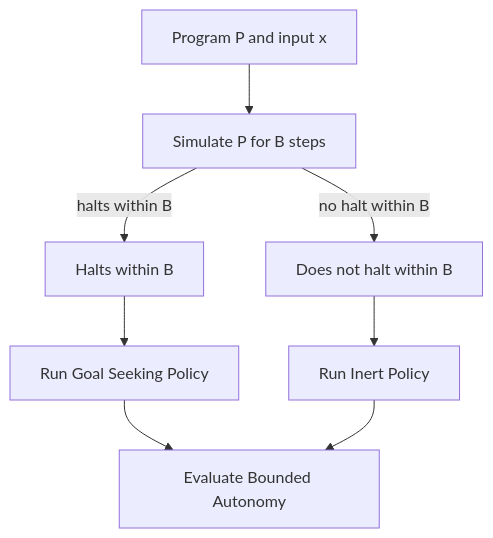
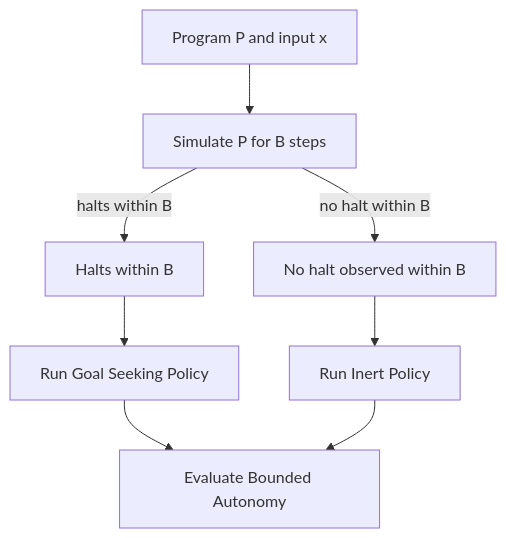
Before and after one commit to bradsaucier/autonomy-undecidability: the diagram in README.md, drawn with Mermaid. The commit also changed other lines of this file, not shown here.

````diff
--- a/README.md
+++ b/README.md
@@ -102,18 +153,18 @@
 ```mermaid
 flowchart TD
   P[Program P and input x]
   Sim[Simulate P for B steps]
   Halt[Halts within B]
-  NoHalt[Does not halt within B]
+  NoHalt[No halt observed within B]
   Goal[Run Goal Seeking Policy]
   Inert[Run Inert Policy]
   Eval[Evaluate Bounded Autonomy]
 
   P --> Sim
   Sim -->|halts within B| Halt
   Sim -->|no halt within B| NoHalt
   Halt --> Goal
   NoHalt --> Inert
   Goal --> Eval
   Inert --> Eval
 ```
````
